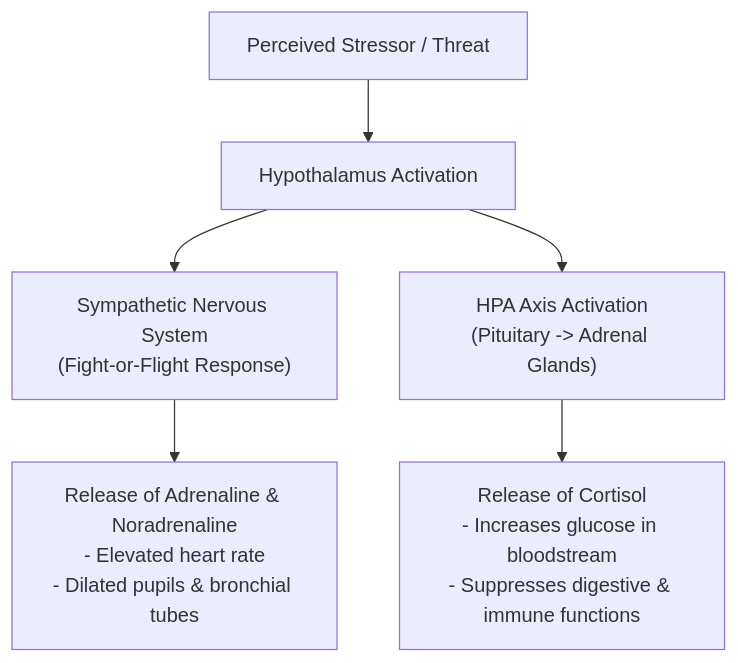
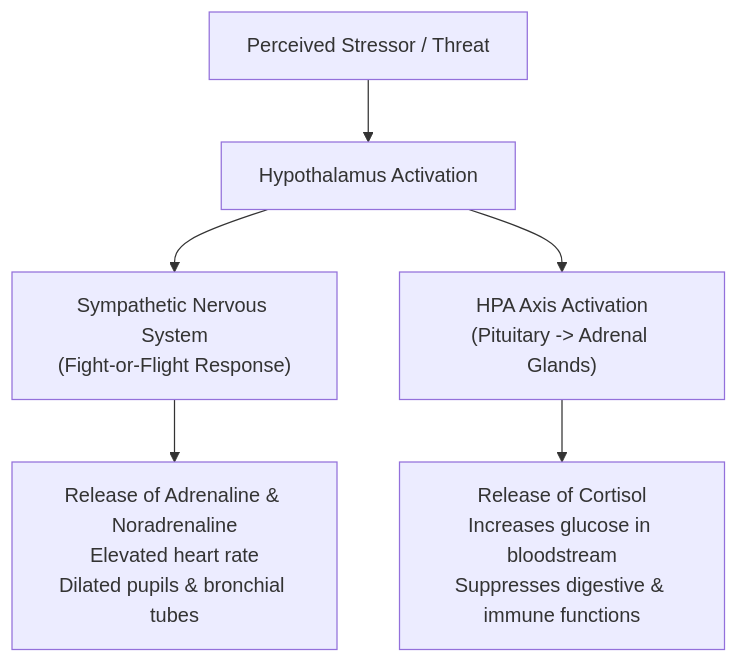
One commit to aidocmr/learn-bscs changed the second of 5 diagrams in content/Year 1/Understanding the Self/15. Managing Stress and Taking Care of the Self.md. Above: the diagram before and after it, drawn with Mermaid. The commit also changed other lines of this file and 20 other files, not shown here.

First line of the commit message:
fix: Remove markdown lists and numbered prefixes from all Mermaid diagrams

````diff
--- a/content/Year 1/Understanding the Self/15. Managing Stress and Taking Care of the Self.md
+++ b/content/Year 1/Understanding the Self/15. Managing Stress and Taking Care of the Self.md
@@ -30,8 +30,8 @@
 ```mermaid
 flowchart TD
     Threat["Perceived Stressor / Threat"] --> Hypo["Hypothalamus Activation"]
     Hypo --> Sym["Sympathetic Nervous System<br/>(Fight-or-Flight Response)"]
     Hypo --> HPA["HPA Axis Activation<br/>(Pituitary -> Adrenal Glands)"]
-    Sym --> Epinephrine["Release of Adrenaline & Noradrenaline<br/>- Elevated heart rate<br/>- Dilated pupils & bronchial tubes"]
-    HPA --> Cortisol["Release of Cortisol<br/>- Increases glucose in bloodstream<br/>- Suppresses digestive & immune functions"]
+    Sym --> Epinephrine["Release of Adrenaline & Noradrenaline<br/>Elevated heart rate<br/>Dilated pupils & bronchial tubes"]
+    HPA --> Cortisol["Release of Cortisol<br/>Increases glucose in bloodstream<br/>Suppresses digestive & immune functions"]
 ```
````
